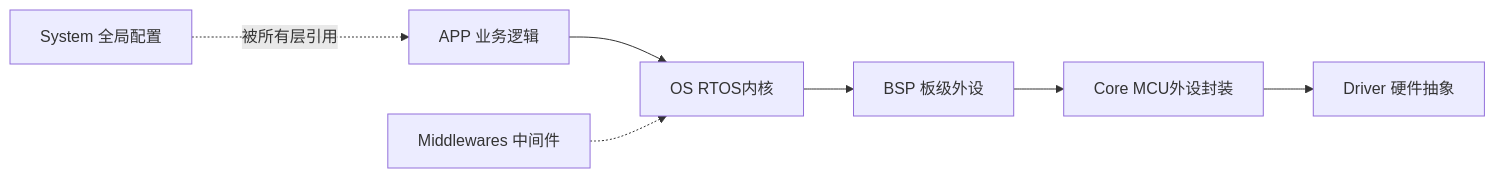
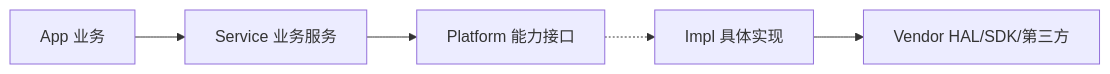
The diagram in skills/workflow/workflow-integration-plan/references/capabilities/workflow-architecture/GUIDE.md (shuai-yemao/mcu-workbench), drawn with Mermaid before and after one commit. The commit also changed other lines of this file and 29 other files, not shown here.

Commit message:
refactor: unify project quality and architecture rules

````diff
--- a/skills/workflow/workflow-integration-plan/references/capabilities/workflow-architecture/GUIDE.md
+++ b/skills/workflow/workflow-integration-plan/references/capabilities/workflow-architecture/GUIDE.md
@@ -66,9 +68,7 @@
 ```mermaid
 flowchart LR
-    APP[APP 业务逻辑] --> OS[OS RTOS内核]
-    OS --> BSP[BSP 板级外设]
-    BSP --> CORE[Core MCU外设封装]
-    CORE --> DRV[Driver 硬件抽象]
-    MID[Middlewares 中间件] -.-> OS
-    SYS[System 全局配置] -..->|被所有层引用| APP
+    APP[App 业务] --> SERVICE[Service 业务服务]
+    SERVICE --> PLATFORM[Platform 能力接口]
+    PLATFORM -.-> IMPL[Impl 具体实现]
+    IMPL --> VENDOR[Vendor HAL/SDK/第三方]
 ```
````
